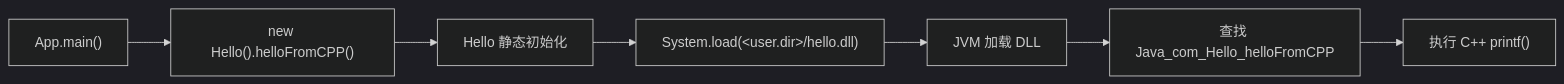
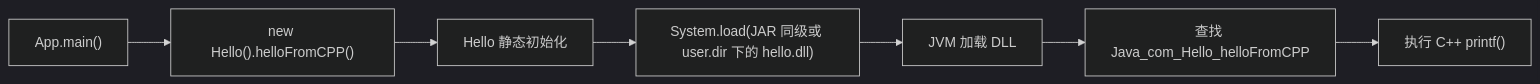
The diagram in java_native_interface/JNI关键流程总结.md (Abbreviation-g/learning_cpp_vscode), drawn with Mermaid (dark theme) before and after one commit. The commit also changed other lines of this file and 6 other files, not shown here.

````diff
--- a/java_native_interface/JNI关键流程总结.md
+++ b/java_native_interface/JNI关键流程总结.md
@@ -31,9 +51,9 @@
 ```mermaid
 flowchart LR
     A["App.main()"] --> B["new Hello().helloFromCPP()"]
     B --> C["Hello 静态初始化"]
-    C --> D["System.load(&lt;user.dir&gt;/hello.dll)"]
+    C --> D["System.load(JAR 同级或 user.dir 下的 hello.dll)"]
     D --> E["JVM 加载 DLL"]
     E --> F["查找 Java_com_Hello_helloFromCPP"]
     F --> G["执行 C++ printf()"]
 ```
````
